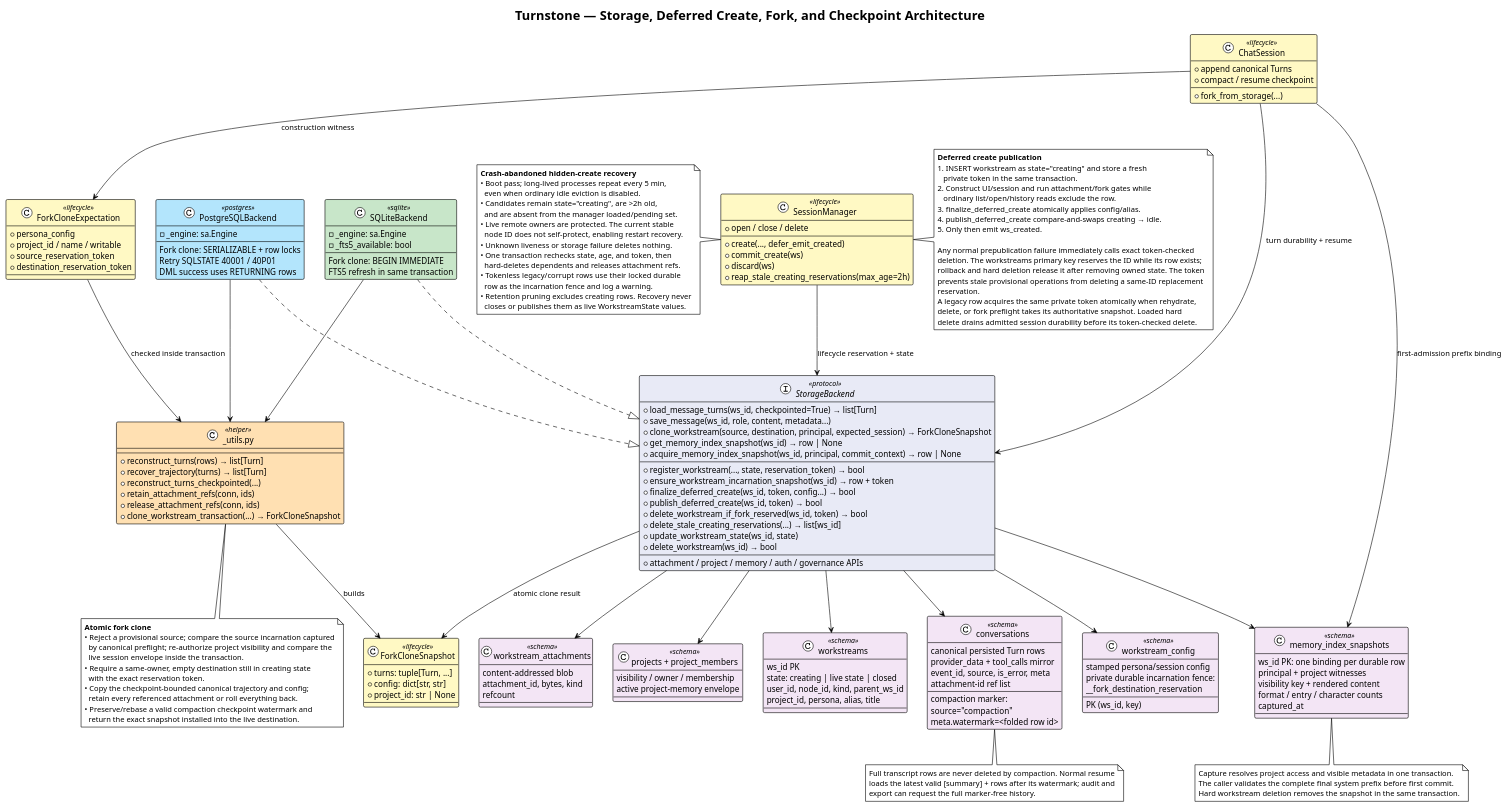
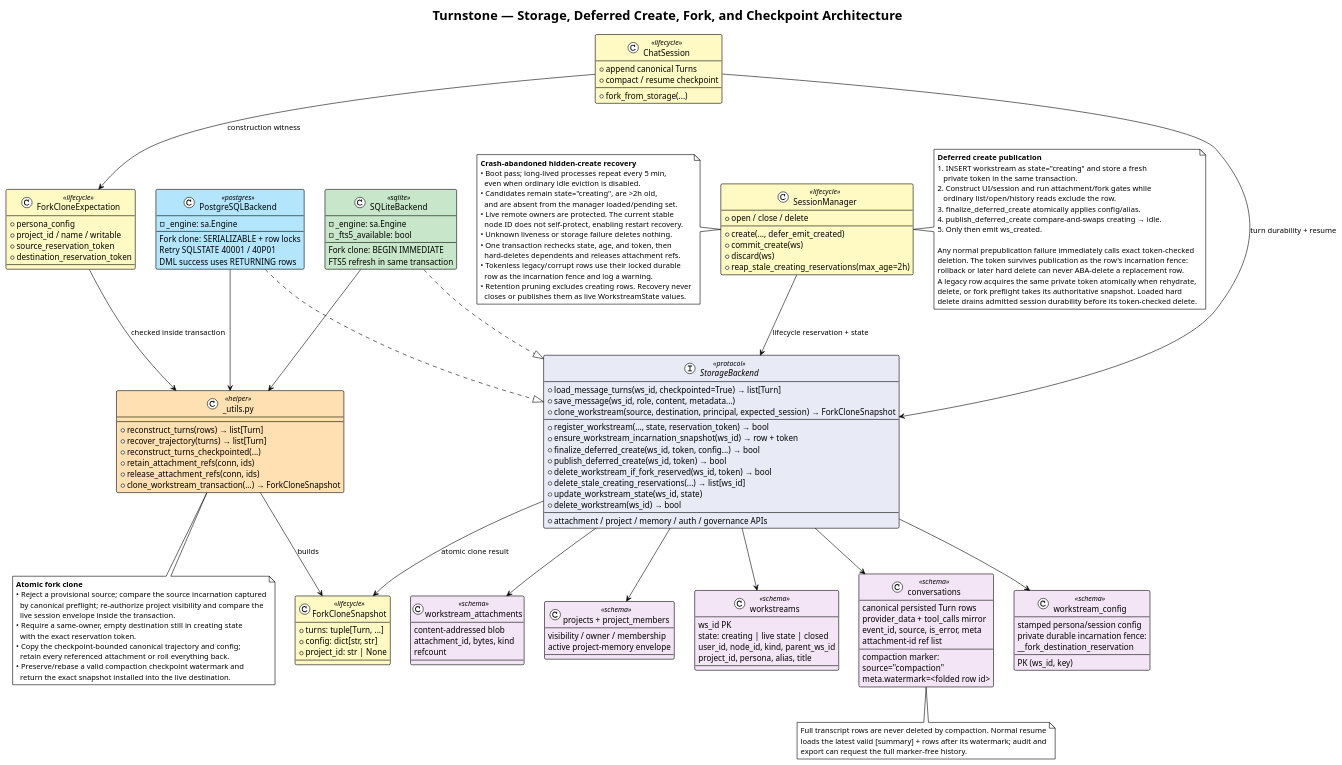
Before and after one commit to turnstonelabs/turnstone: the diagram in docs/diagrams/14-storage-architecture.puml, drawn with PlantUML. The commit also changed 11 other files, not shown here.

Commit message:
chore: split memory index documentation

```diff
--- a/docs/diagrams/14-storage-architecture.puml
+++ b/docs/diagrams/14-storage-architecture.puml
@@ -15,8 +15,6 @@
     + load_message_turns(ws_id, checkpointed=True) → list[Turn]
     + save_message(ws_id, role, content, metadata...)
     + clone_workstream(source, destination, principal, expected_session) → ForkCloneSnapshot
-    + get_memory_index_snapshot(ws_id) → row | None
-    + acquire_memory_index_snapshot(ws_id, principal, commit_context) → row | None
     --
     + register_workstream(..., state, reservation_token) → bool
     + ensure_workstream_incarnation_snapshot(ws_id) → row + token
@@ -93,14 +91,6 @@
     __fork_destination_reservation
 }
 
-class "memory_index_snapshots" as MemoryIndexSnapshots <<schema>> {
-    ws_id PK: one binding per durable row
-    principal + project witnesses
-    visibility key + rendered content
-    format / entry / character counts
-    captured_at
-}
-
 class "workstream_attachments" as Attachments <<schema>> {
     content-addressed blob
     attachment_id, bytes, kind
@@ -134,13 +124,11 @@
 Storage --> Workstreams
 Storage --> Conversations
 Storage --> WorkstreamConfig
-Storage --> MemoryIndexSnapshots
 Storage --> Attachments
 Storage --> Projects
 
 Manager --> Storage : lifecycle reservation + state
 Session --> Storage : turn durability + resume
-Session --> MemoryIndexSnapshots : first-admission prefix binding
 Session --> Expectation : construction witness
 Storage --> Snapshot : atomic clone result
 Expectation --> Utils : checked inside transaction
@@ -157,10 +145,8 @@
   5. Only then emit ws_created.
 
   Any normal prepublication failure immediately calls exact token-checked
-  deletion. The workstreams primary key reserves the ID while its row exists;
-  rollback and hard deletion release it after removing owned state. The token
-  prevents stale provisional operations from deleting a same-ID replacement
-  reservation.
+  deletion. The token survives publication as the row's incarnation fence:
+  rollback or later hard delete can never ABA-delete a replacement row.
   A legacy row acquires the same private token atomically when rehydrate,
   delete, or fork preflight takes its authoritative snapshot. Loaded hard
   delete drains admitted session durability before its token-checked delete.
@@ -202,10 +188,4 @@
   export can request the full marker-free history.
 end note
 
-note bottom of MemoryIndexSnapshots
-  Capture resolves project access and visible metadata in one transaction.
-  The caller validates the complete final system prefix before first commit.
-  Hard workstream deletion removes the snapshot in the same transaction.
-end note
-
 @enduml
```
